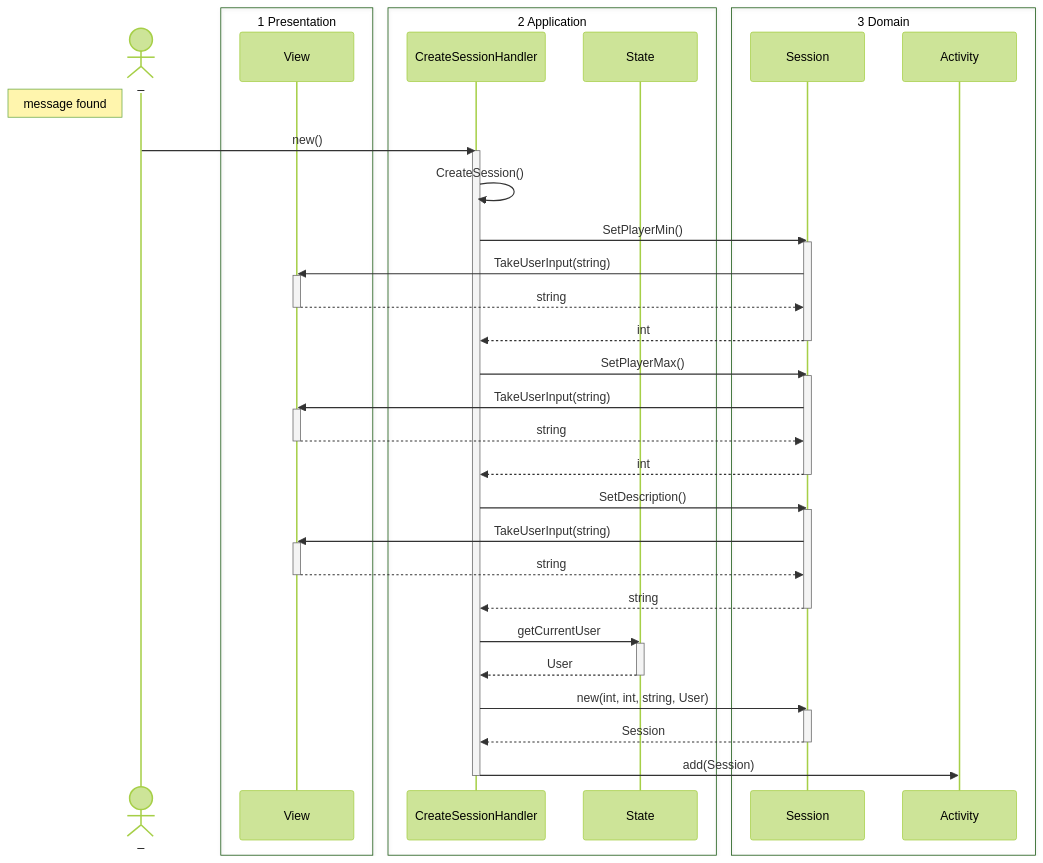
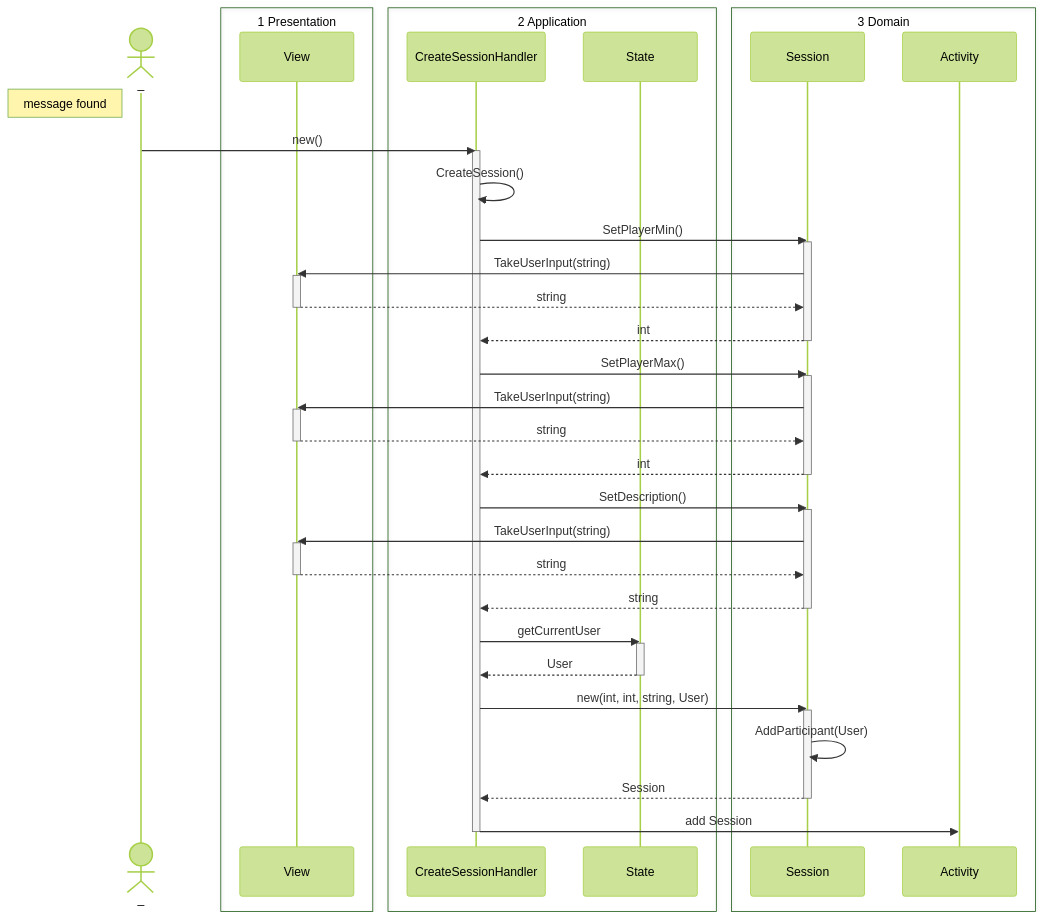
One commit to MatiasHeiberg/1.semesterprojekt changed the fourth of 4 diagrams in 02 notes/Sekvensdiagram.md. Above: the diagram before and after it, drawn with Mermaid (forest theme). The commit also changed 1 other file, not shown here.

Commit message:
Justeringer af sekvens- og klassediagram

````diff
--- a/02 notes/Sekvensdiagram.md
+++ b/02 notes/Sekvensdiagram.md
@@ -106,69 +106,70 @@
 ```mermaid
 sequenceDiagram
 
 Actor _
 Note left of _: message found
 box 1 Presentation
 participant View
 end
 box 2 Application
 participant CreateSessionHandler 
 participant State
 end
 box 3 Domain
 participant Session
 participant Activity
 end
 
 
 %% Message found
 _->>CreateSessionHandler: new()
 
 %% SetPlayerMin
 activate CreateSessionHandler
 CreateSessionHandler->>CreateSessionHandler: CreateSession()
 CreateSessionHandler->>Session: SetPlayerMin()
 activate Session
 Session->>View: TakeUserInput(string)
 activate View
 View-->>Session: string
 deactivate View
 Session-->>CreateSessionHandler: int
 deactivate Session
 
 %% SetPlayerMax
 CreateSessionHandler->>Session: SetPlayerMax()
 activate Session
 Session->>View: TakeUserInput(string)
 activate View
 View-->>Session: string
 deactivate View
 Session-->>CreateSessionHandler: int
 deactivate Session
 
 %% SetDescription
 CreateSessionHandler->>Session: SetDescription()
 activate Session
 Session->>View: TakeUserInput(string)
 activate View
 View-->>Session: string
 deactivate View
 Session-->>CreateSessionHandler: string
 deactivate Session
 
 %% getCurrentUser
 CreateSessionHandler->>State: getCurrentUser
 activate State
 State-->>CreateSessionHandler: User
 deactivate State
 
 %% Session Constructor
 CreateSessionHandler->>Session: new(int, int, string, User)
 activate Session
+Session->>Session: AddParticipant(User)
 Session-->>CreateSessionHandler: Session
 deactivate Session
 
 %% listOfSessions.add()
-CreateSessionHandler->>Activity: add(Session)
+CreateSessionHandler->>Activity: add Session
 deactivate CreateSessionHandler
 ```
````
